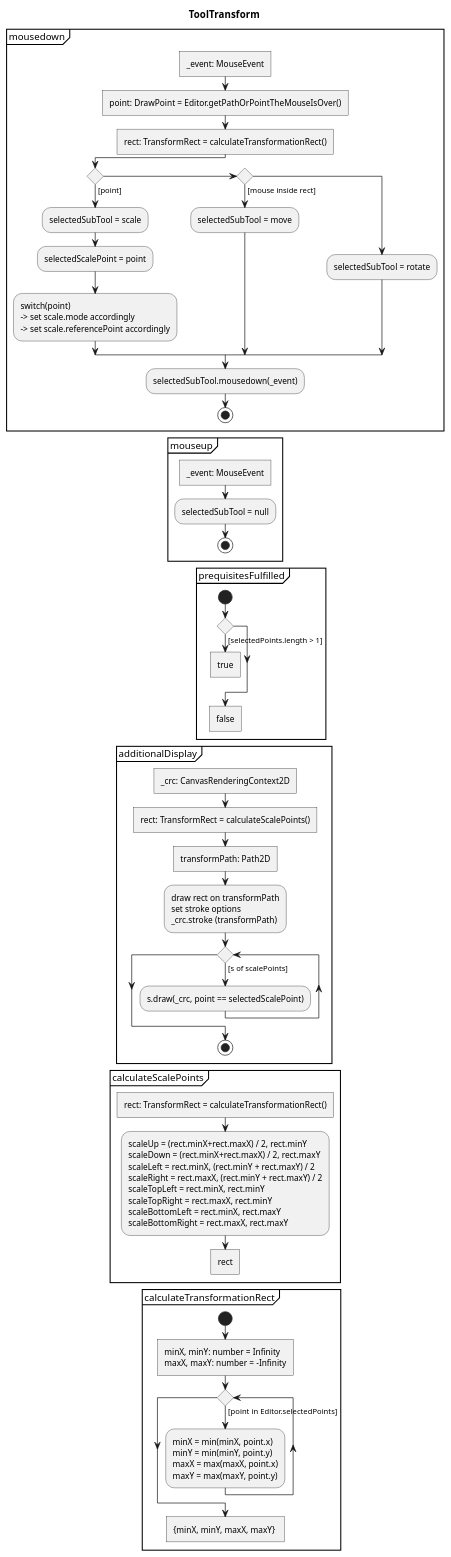
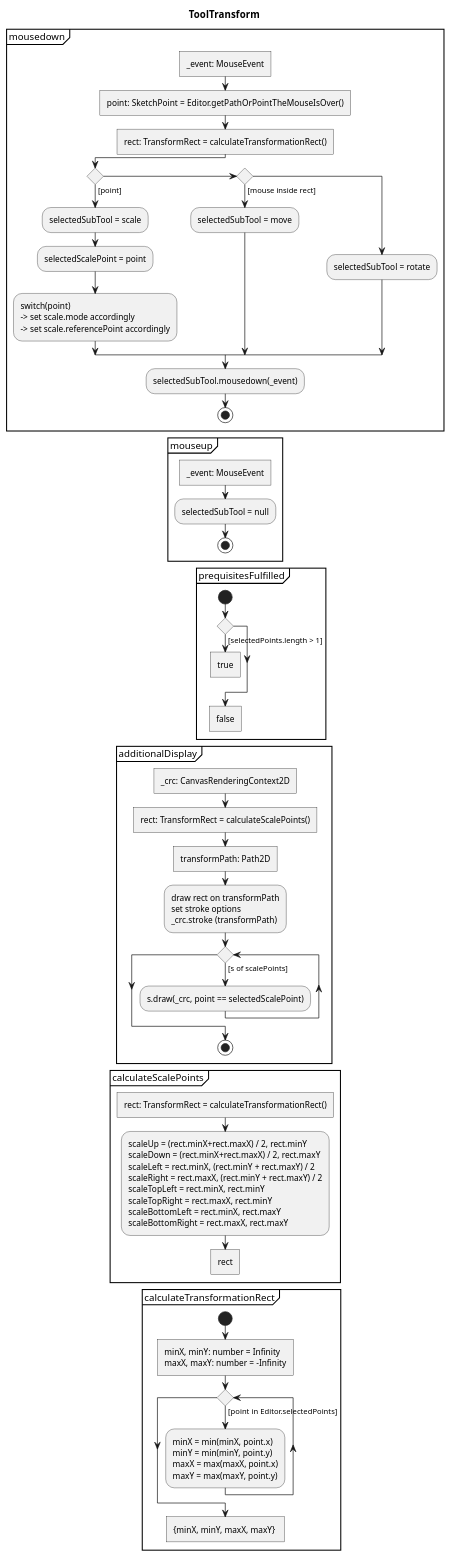
One commit to JirkaDellOro/FUDGE changed the diagram in Experiments/Lukas/VectorEditor/concept/Activities/Tools/ToolTransform.puml. Above: the diagram before and after it, drawn with PlantUML. The commit also changed 37 other files, not shown here.

Commit message:
more Diagrams, images and fixes

```diff
--- a/Experiments/Lukas/VectorEditor/concept/Activities/Tools/ToolTransform.puml
+++ b/Experiments/Lukas/VectorEditor/concept/Activities/Tools/ToolTransform.puml
@@ -1,87 +1,87 @@
 @startuml ToolTransform
 skinparam monochrome true
 
 title ToolTransform
 
 partition mousedown {
 	:_event: MouseEvent]
-	:point: DrawPoint = Editor.getPathOrPointTheMouseIsOver()]
+	:point: SketchPoint = Editor.getPathOrPointTheMouseIsOver()]
 	:rect: TransformRect = calculateTransformationRect()]
 	if () then ([point])
 		:selectedSubTool = scale;
 		:selectedScalePoint = point;
 		:switch(point)
 		-> set scale.mode accordingly
 		-> set scale.referencePoint accordingly;
 	elseif () then ([mouse inside rect])
 		:selectedSubTool = move;
 	else
 		:selectedSubTool = rotate;
 	endif
 	:selectedSubTool.mousedown(_event);
 	stop
 }
 
 ' partition mousemove {
 ' 	:_event: MouseEvent]
 ' 	stop
 ' }
 
 partition mouseup {
 	:_event: MouseEvent]
 	:selectedSubTool = null;
 	stop
 }
 
 partition prequisitesFulfilled {
 	start
 	if() then([selectedPoints.length > 1])
 		:true]
 		detach
 	endif
 	:false]
 	detach
 }
 
 
 partition additionalDisplay {
 	:_crc: CanvasRenderingContext2D]
 	:rect: TransformRect = calculateScalePoints()]
 	:transformPath: Path2D]
 	:draw rect on transformPath
 	set stroke options
 	_crc.stroke (transformPath);
 	while() is ([s of scalePoints])
 		:s.draw(_crc, point == selectedScalePoint);
 	endwhile
 	stop
 }
 
 partition calculateScalePoints {
 	:rect: TransformRect = calculateTransformationRect()]
 	:scaleUp = (rect.minX+rect.maxX) / 2, rect.minY
 	scaleDown = (rect.minX+rect.maxX) / 2, rect.maxY
 	scaleLeft = rect.minX, (rect.minY + rect.maxY) / 2
 	scaleRight = rect.maxX, (rect.minY + rect.maxY) / 2
 	scaleTopLeft = rect.minX, rect.minY
 	scaleTopRight = rect.maxX, rect.minY
 	scaleBottomLeft = rect.minX, rect.maxY
 	scaleBottomRight = rect.maxX, rect.maxY;
 	:rect]
 	detach
 }
 
 partition calculateTransformationRect {
 	start
 	:minX, minY: number = Infinity 
 	maxX, maxY: number = -Infinity]
 	while() is ([point in Editor.selectedPoints])
 		:minX = min(minX, point.x)
 		minY = min(minY, point.y)
 		maxX = max(maxX, point.x)
 		maxY = max(maxY, point.y);
 	endwhile
 	:{minX, minY, maxX, maxY} ]
 }
 
 @enduml
```
